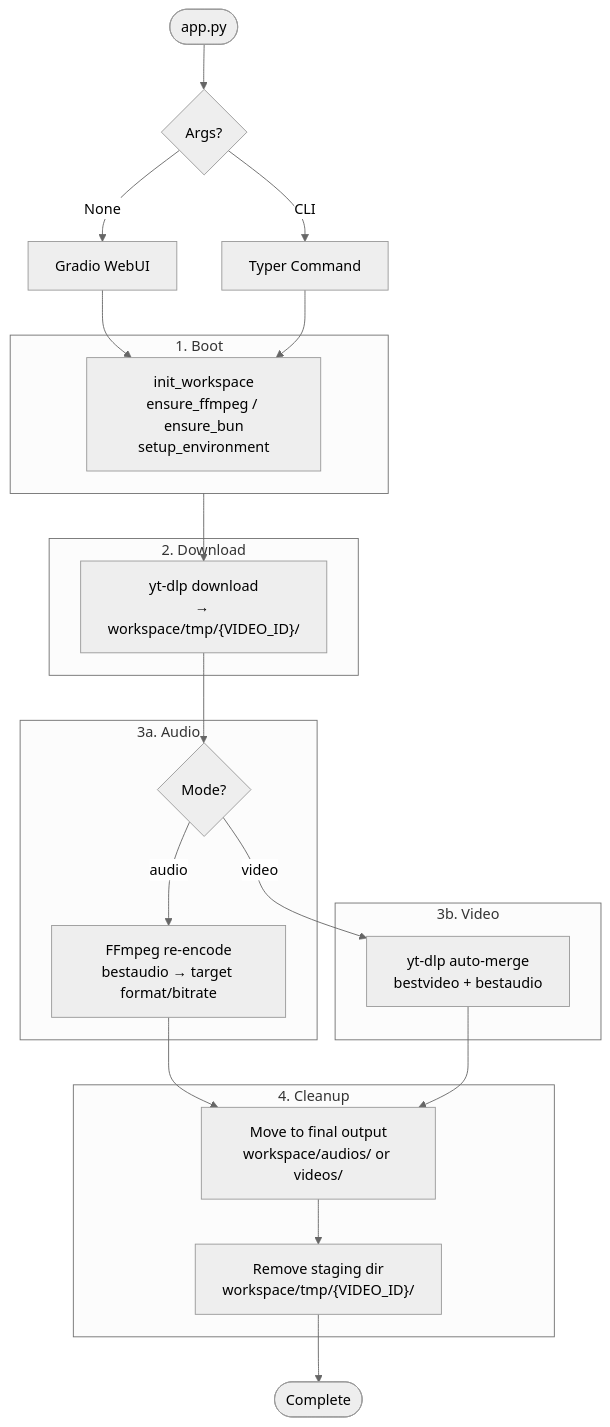
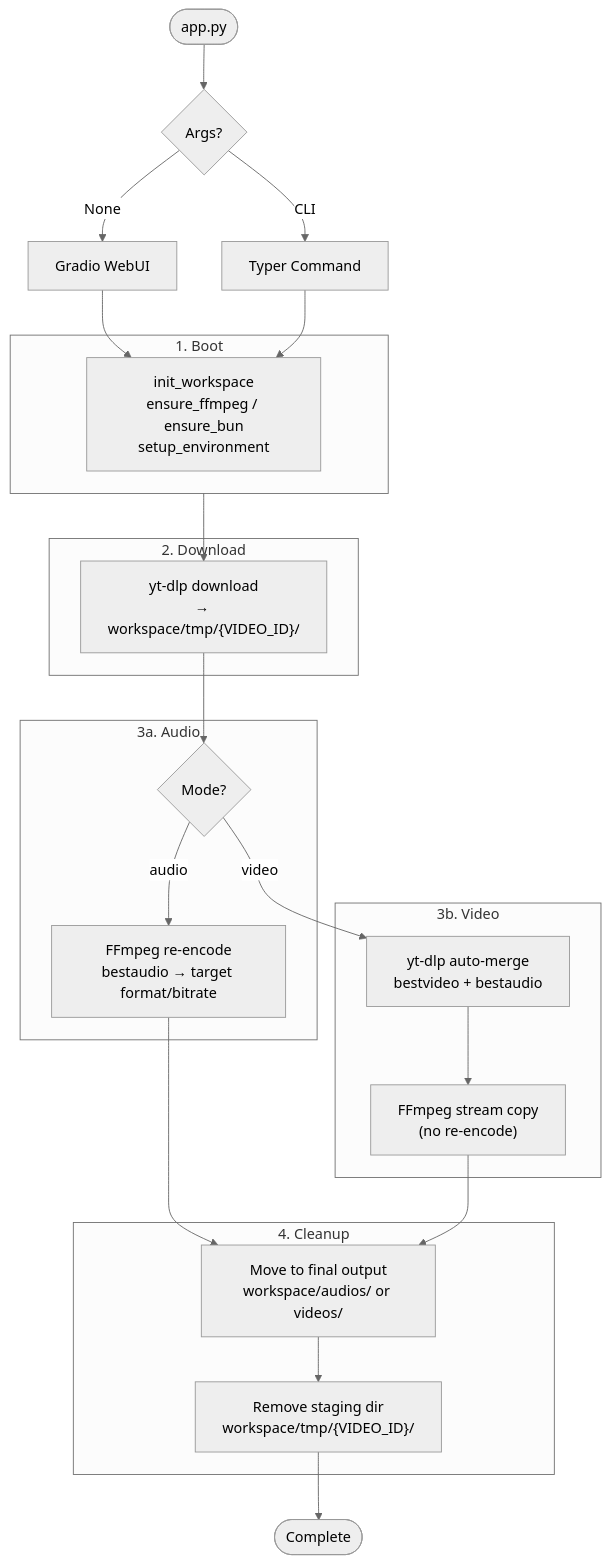
Before and after one commit to dimaskiddo/yt-dl: the first of 7 diagrams in docs/WORKFLOWS.md, drawn with Mermaid (neutral theme). The commit also changed other lines of this file and 3 other files, not shown here.

````diff
--- a/docs/WORKFLOWS.md
+++ b/docs/WORKFLOWS.md
@@ -9,36 +9,37 @@
 ```mermaid
 flowchart TD
     Start([app.py]) --> Route{Args?}
     Route -- "None" --> WebUI[Gradio WebUI]
     Route -- "CLI" --> CLI[Typer Command]
     WebUI --> Boot
     CLI --> Boot
 
     subgraph S1["1. Boot"]
         Boot["init_workspace<br/>ensure_ffmpeg / ensure_bun<br/>setup_environment"]
     end
 
     S1 --> Download
     subgraph S2["2. Download"]
         Download["yt-dlp download<br/>→ workspace/tmp/{VIDEO_ID}/"]
     end
 
     Download --> Mode{Mode?}
 
     subgraph S3A["3a. Audio"]
         Mode -- "audio" --> Encode["FFmpeg re-encode<br/>bestaudio → target format/bitrate"]
     end
 
     subgraph S3B["3b. Video"]
         Mode -- "video" --> Merge["yt-dlp auto-merge<br/>bestvideo + bestaudio"]
+        Merge --> Copy["FFmpeg stream copy<br/>(no re-encode)"]
     end
 
     Encode --> Move["Move to final output<br/>workspace/audios/ or videos/"]
-    Merge --> Move
+    Copy --> Move
 
     subgraph S4["4. Cleanup"]
         Move --> Cleanup["Remove staging dir<br/>workspace/tmp/{VIDEO_ID}/"]
     end
 
     Cleanup --> Done([Complete])
 ```
````
